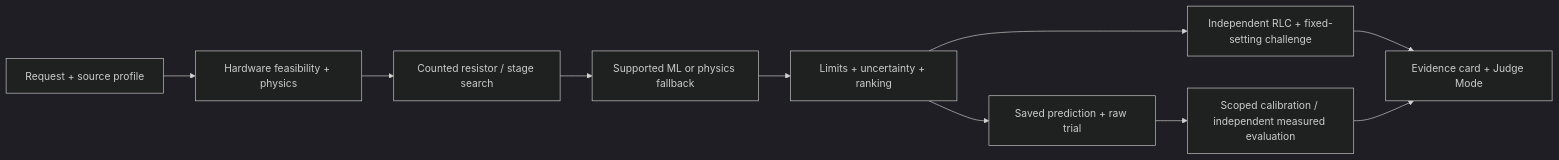
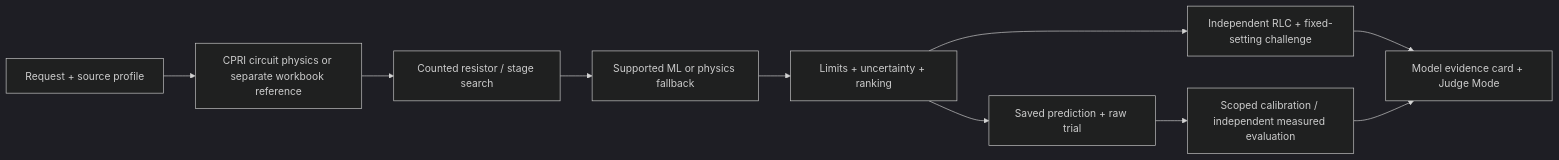
Before and after one commit to Siddhanthkjain2005/Impulse: the diagram in README.md, drawn with Mermaid (dark theme). The commit also changed other lines of this file and 137 other files, not shown here.

Commit message:
Harden CPRI circuit optimization and polish engineering UI

````diff
--- a/README.md
+++ b/README.md
@@ -9,12 +13,12 @@
 ```mermaid
 flowchart LR
-  A[Request + source profile] --> B[Hardware feasibility + physics]
+  A[Request + source profile] --> B[CPRI circuit physics or separate workbook reference]
   B --> C[Counted resistor / stage search]
   C --> D[Supported ML or physics fallback]
   D --> E[Limits + uncertainty + ranking]
   E --> F[Independent RLC + fixed-setting challenge]
-  F --> G[Evidence card + Judge Mode]
+  F --> G[Model evidence card + Judge Mode]
   E --> H[Saved prediction + raw trial]
   H --> I[Scoped calibration / independent measured evaluation]
   I --> G
 ```
````
